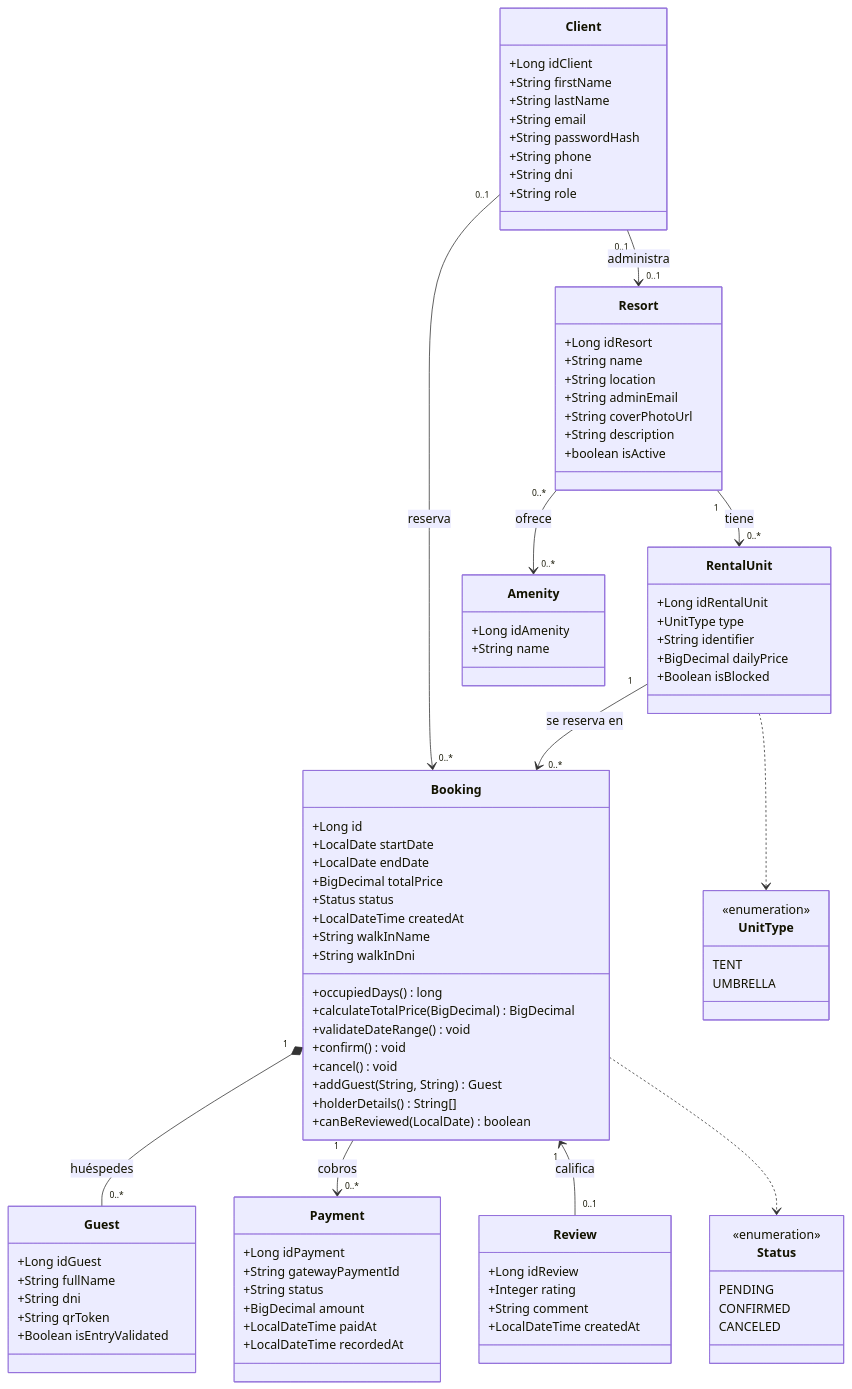
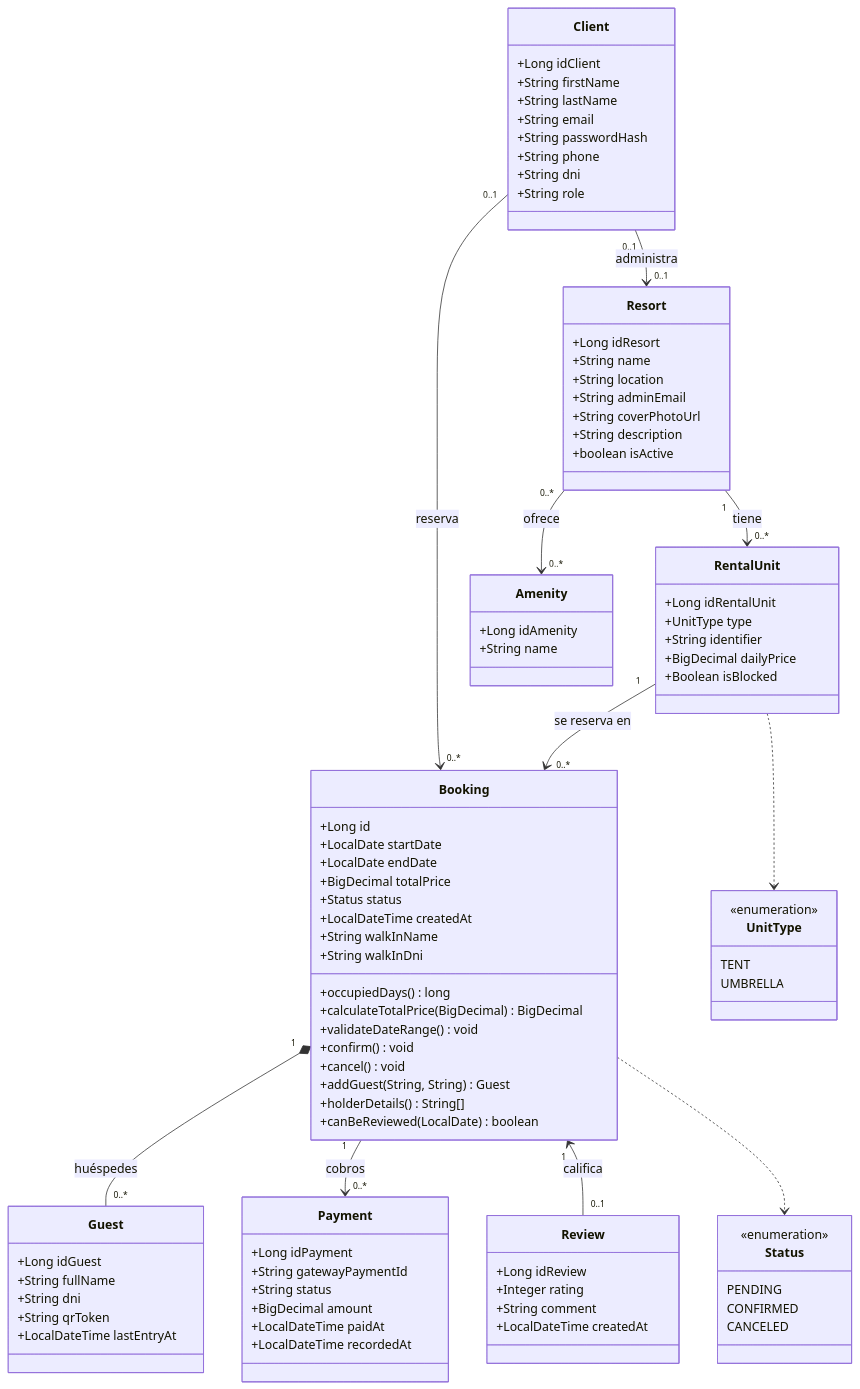
The first of 2 diagrams in docs/modelo-de-datos.md (francejas/Zolea), drawn with Mermaid before and after one commit. The commit also changed other lines of this file and 1 other file, not shown here.

Commit message:
ZOL-170: cuenta en la guía del frontend y en el modelo de datos que el ingreso sirve toda la estadía

```diff
--- a/docs/modelo-de-datos.md
+++ b/docs/modelo-de-datos.md
@@ -74,7 +74,7 @@
         +String fullName
         +String dni
         +String qrToken
-        +Boolean isEntryValidated
+        +LocalDateTime lastEntryAt
     }
 
     class Payment {
```
